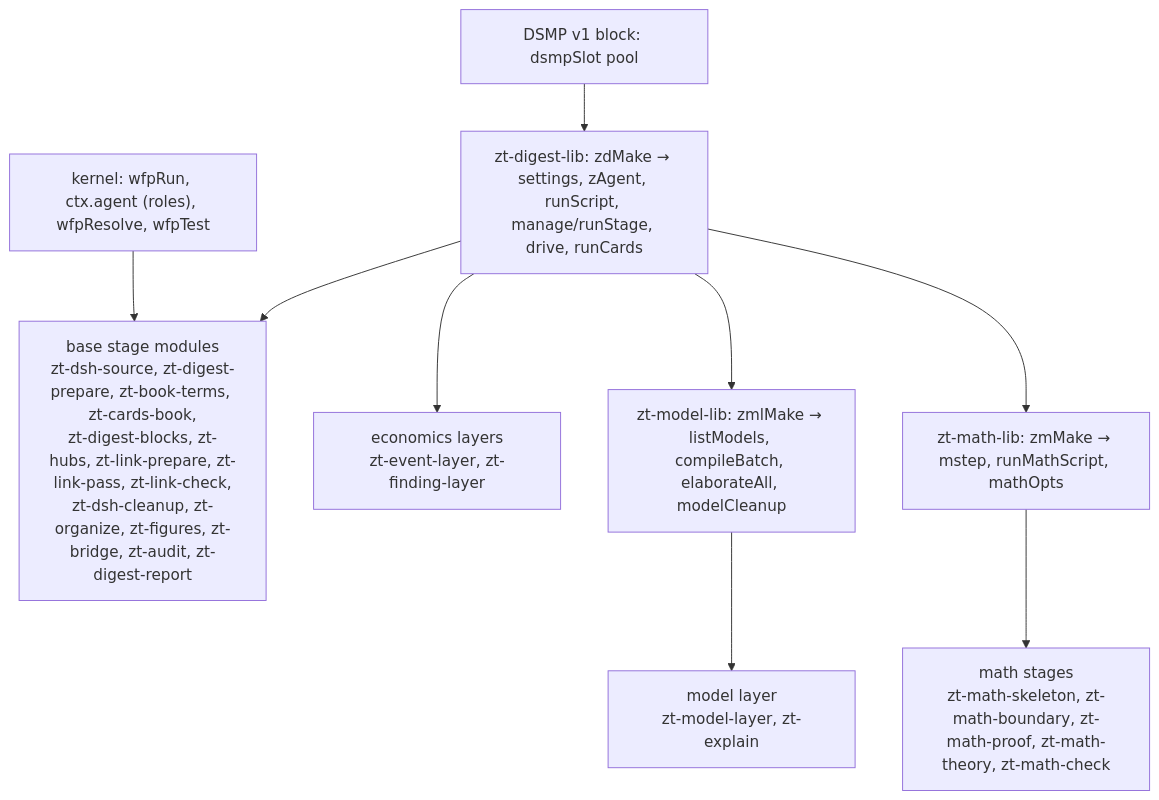
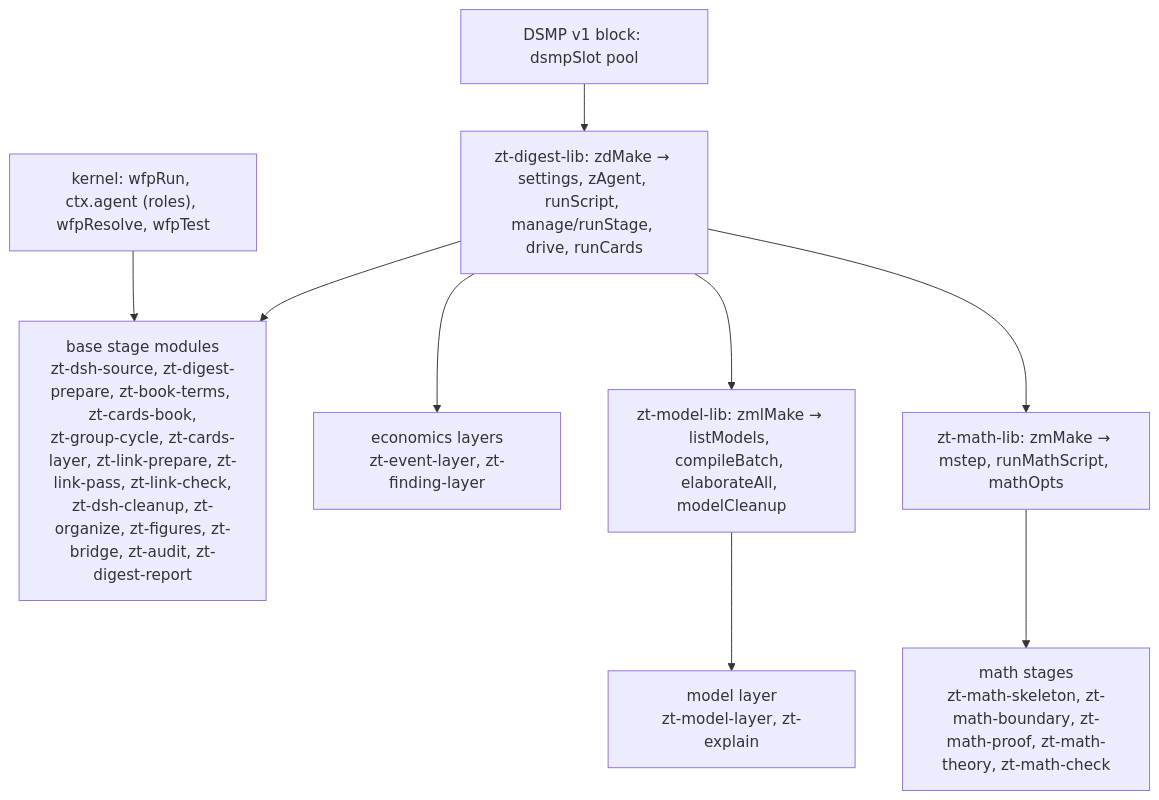
One commit to liudesheng9/zet changed the second of 2 diagrams in docs/wiki/digest-workflows.md. Above: the diagram before and after it, drawn with Mermaid. The commit also changed other lines of this file and 136 other files, not shown here.

````diff
--- a/docs/wiki/digest-workflows.md
+++ b/docs/wiki/digest-workflows.md
@@ -109,18 +110,18 @@
 ```mermaid
 flowchart TB
   K["kernel: wfpRun, ctx.agent (roles), wfpResolve, wfpTest"]
   DSMP["DSMP v1 block: dsmpSlot pool"]
   ZD["zt-digest-lib: zdMake → settings, zAgent, runScript, manage/runStage, drive, runCards"]
   ZML["zt-model-lib: zmlMake → listModels, compileBatch, elaborateAll, modelCleanup"]
   ZM["zt-math-lib: zmMake → mstep, runMathScript, mathOpts"]
-  S1["base stage modules<br/>zt-dsh-source, zt-digest-prepare, zt-book-terms, zt-cards-book,<br/>zt-digest-blocks, zt-hubs, zt-link-prepare, zt-link-pass, zt-link-check,<br/>zt-dsh-cleanup, zt-organize, zt-figures, zt-bridge, zt-audit, zt-digest-report"]
+  S1["base stage modules<br/>zt-dsh-source, zt-digest-prepare, zt-book-terms, zt-cards-book,<br/>zt-group-cycle, zt-cards-layer, zt-link-prepare, zt-link-pass, zt-link-check,<br/>zt-dsh-cleanup, zt-organize, zt-figures, zt-bridge, zt-audit, zt-digest-report"]
   S2["model layer<br/>zt-model-layer, zt-explain"]
   S3["economics layers<br/>zt-event-layer, zt-finding-layer"]
   S4["math stages<br/>zt-math-skeleton, zt-math-boundary, zt-math-proof, zt-math-theory, zt-math-check"]
   K --> S1
   DSMP --> ZD
   ZD --> S1
   ZD --> S3
   ZD --> ZML --> S2
   ZD --> ZM --> S4
 ```
````
